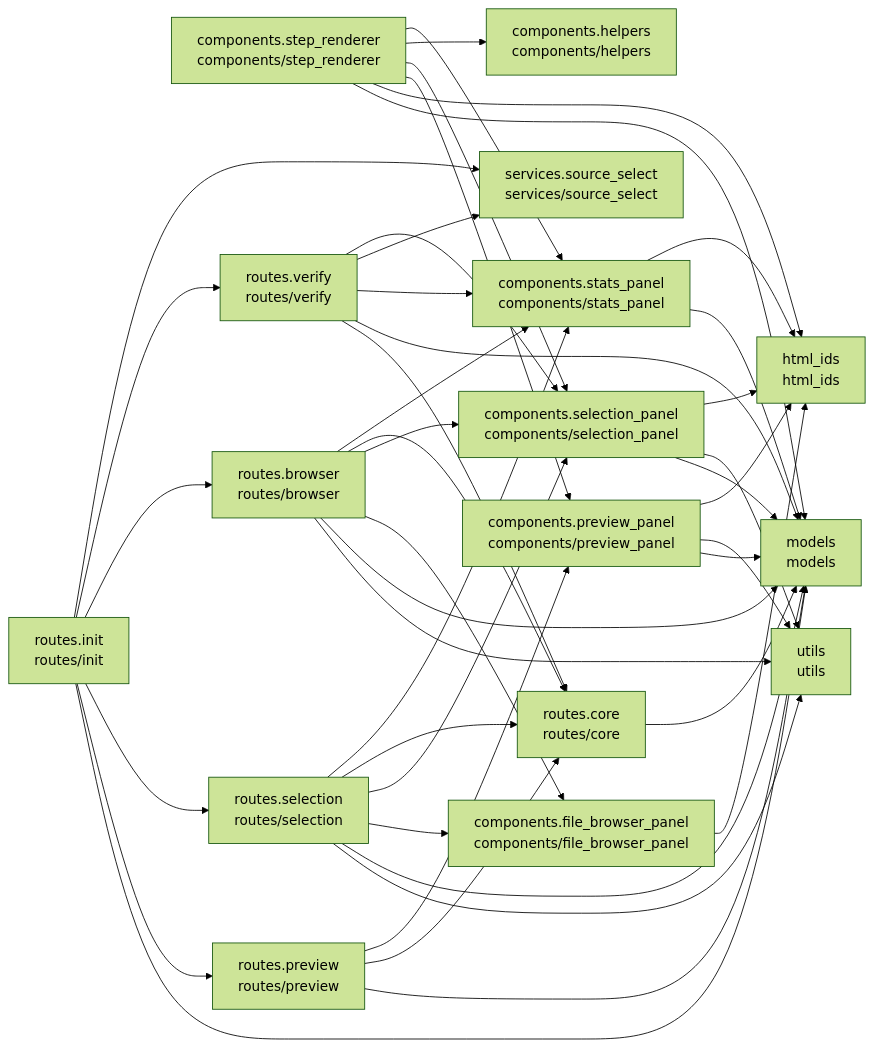
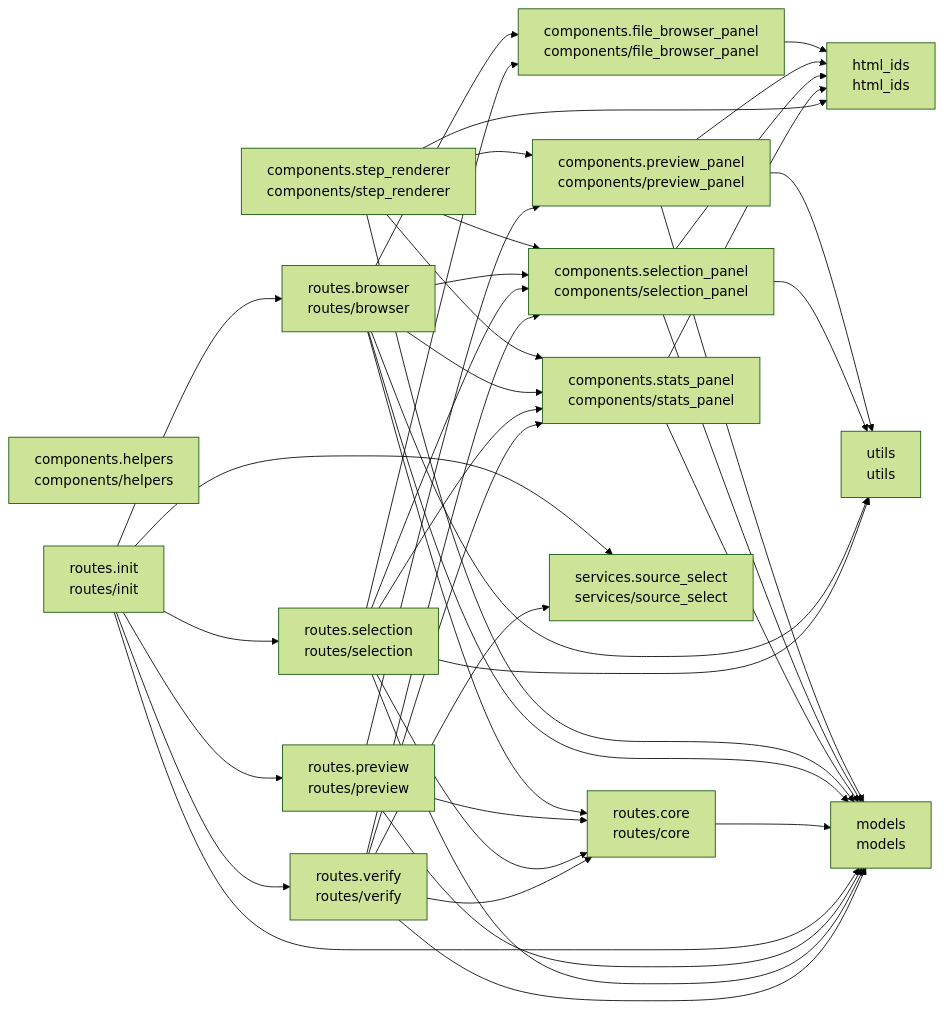
Before and after one commit to cj-mills/cjm-transcription-source-select: the diagram in README.md, drawn with Mermaid (forest theme). The commit also changed other lines of this file and 13 other files, not shown here.

````diff
--- a/README.md
+++ b/README.md
@@ -39,62 +39,61 @@
 ``` mermaid
 graph LR
     components_file_browser_panel[components.file_browser_panel<br/>components/file_browser_panel]
     components_helpers[components.helpers<br/>components/helpers]
     components_preview_panel[components.preview_panel<br/>components/preview_panel]
     components_selection_panel[components.selection_panel<br/>components/selection_panel]
     components_stats_panel[components.stats_panel<br/>components/stats_panel]
     components_step_renderer[components.step_renderer<br/>components/step_renderer]
     html_ids[html_ids<br/>html_ids]
     models[models<br/>models]
     routes_browser[routes.browser<br/>routes/browser]
     routes_core[routes.core<br/>routes/core]
     routes_init[routes.init<br/>routes/init]
     routes_preview[routes.preview<br/>routes/preview]
     routes_selection[routes.selection<br/>routes/selection]
     routes_verify[routes.verify<br/>routes/verify]
     services_source_select[services.source_select<br/>services/source_select]
     utils[utils<br/>utils]
 
     components_file_browser_panel --> html_ids
     components_preview_panel --> models
     components_preview_panel --> utils
     components_preview_panel --> html_ids
     components_selection_panel --> models
     components_selection_panel --> utils
     components_selection_panel --> html_ids
     components_stats_panel --> models
     components_stats_panel --> html_ids
+    components_step_renderer --> components_stats_panel
+    components_step_renderer --> components_selection_panel
     components_step_renderer --> models
+    components_step_renderer --> components_preview_panel
     components_step_renderer --> html_ids
-    components_step_renderer --> components_preview_panel
-    components_step_renderer --> components_selection_panel
-    components_step_renderer --> components_helpers
-    components_step_renderer --> components_stats_panel
+    routes_browser --> components_stats_panel
+    routes_browser --> components_file_browser_panel
+    routes_browser --> routes_core
+    routes_browser --> components_selection_panel
+    routes_browser --> models
     routes_browser --> utils
-    routes_browser --> models
-    routes_browser --> components_file_browser_panel
-    routes_browser --> components_selection_panel
-    routes_browser --> routes_core
-    routes_browser --> components_stats_panel
     routes_core --> models
+    routes_init --> routes_browser
     routes_init --> models
+    routes_init --> services_source_select
+    routes_init --> routes_verify
+    routes_init --> routes_selection
     routes_init --> routes_preview
-    routes_init --> routes_selection
-    routes_init --> routes_browser
-    routes_init --> routes_verify
-    routes_init --> services_source_select
-    routes_preview --> models
     routes_preview --> routes_core
     routes_preview --> components_preview_panel
+    routes_preview --> models
+    routes_selection --> components_stats_panel
+    routes_selection --> components_file_browser_panel
+    routes_selection --> routes_core
+    routes_selection --> components_selection_panel
+    routes_selection --> models
     routes_selection --> utils
-    routes_selection --> models
-    routes_selection --> components_file_browser_panel
-    routes_selection --> components_selection_panel
-    routes_selection --> routes_core
-    routes_selection --> components_stats_panel
     routes_verify --> routes_core
+    routes_verify --> components_stats_panel
     routes_verify --> models
-    routes_verify --> components_stats_panel
     routes_verify --> services_source_select
     routes_verify --> components_selection_panel
 ```
````
